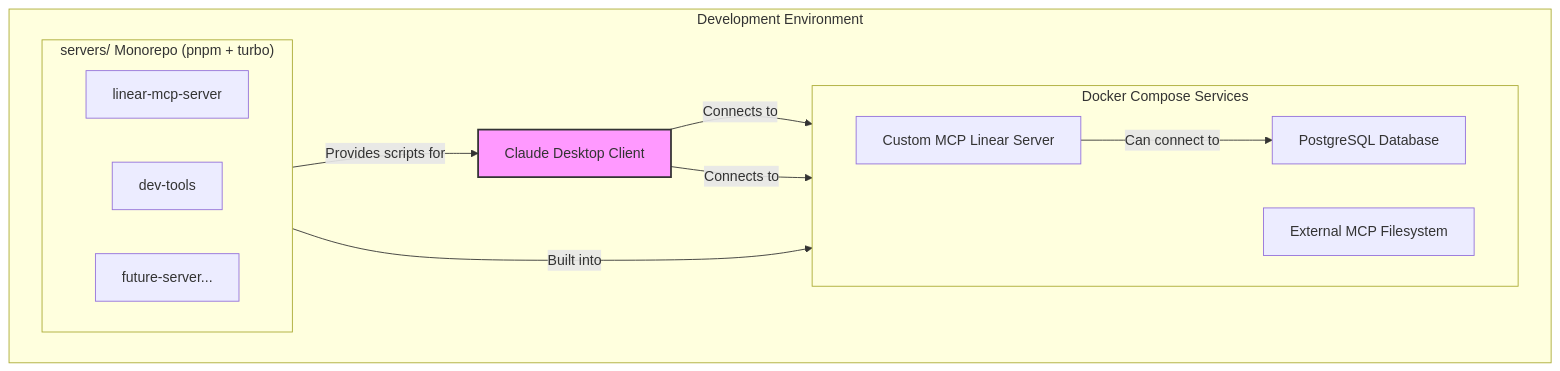
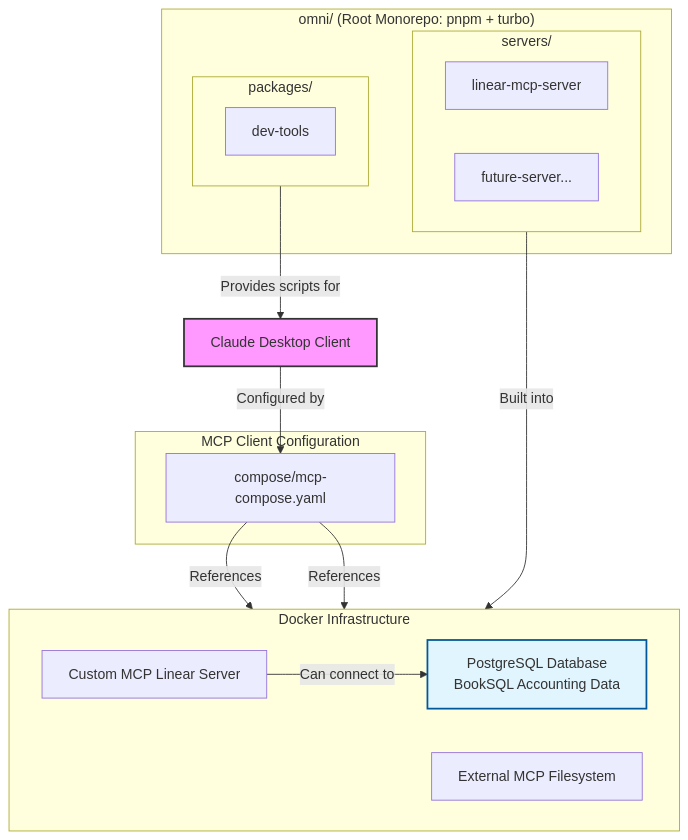
Before and after one commit to Bothire-Agent-Marketplace/omni-mcp: the diagram in ARCHITECTURE.md, drawn with Mermaid. The commit also changed other lines of this file and 13 other files, not shown here.

Commit message:
set up docker compose for development

````diff
--- a/ARCHITECTURE.md
+++ b/ARCHITECTURE.md
@@ -13,28 +16,37 @@
 ```mermaid
 graph TD
-    subgraph "Development Environment"
-        subgraph "Docker Compose Services"
+    subgraph "omni/ (Root Monorepo: pnpm + turbo)"
+        subgraph "packages/"
             direction LR
-            A[PostgreSQL Database]
-            B[External MCP Filesystem]
-            C[Custom MCP Linear Server]
+            E[dev-tools]
         end
-
-        subgraph "servers/ Monorepo (pnpm + turbo)"
+        subgraph "servers/"
             direction LR
             D[linear-mcp-server]
-            E[dev-tools]
             F[future-server...]
         end
-
-        G[Claude Desktop Client]
     end
 
-    G -- Connects to --> B
-    G -- Connects to --> C
+    subgraph "Docker Infrastructure"
+        direction LR
+        A[PostgreSQL Database<br/>BookSQL Accounting Data]
+        B[External MCP Filesystem]
+        C[Custom MCP Linear Server]
+    end
+
+    subgraph "MCP Client Configuration"
+        H[compose/mcp-compose.yaml]
+    end
+
+    G[Claude Desktop Client]
+
+    G -- Configured by --> H
+    H -- References --> B
+    H -- References --> C
     D -- Built into --> C
     E -- Provides scripts for --> G
     C -- Can connect to --> A
 
     style G fill:#f9f,stroke:#333,stroke-width:2px
+    style A fill:#e1f5fe,stroke:#01579b,stroke-width:2px
 ```
````
